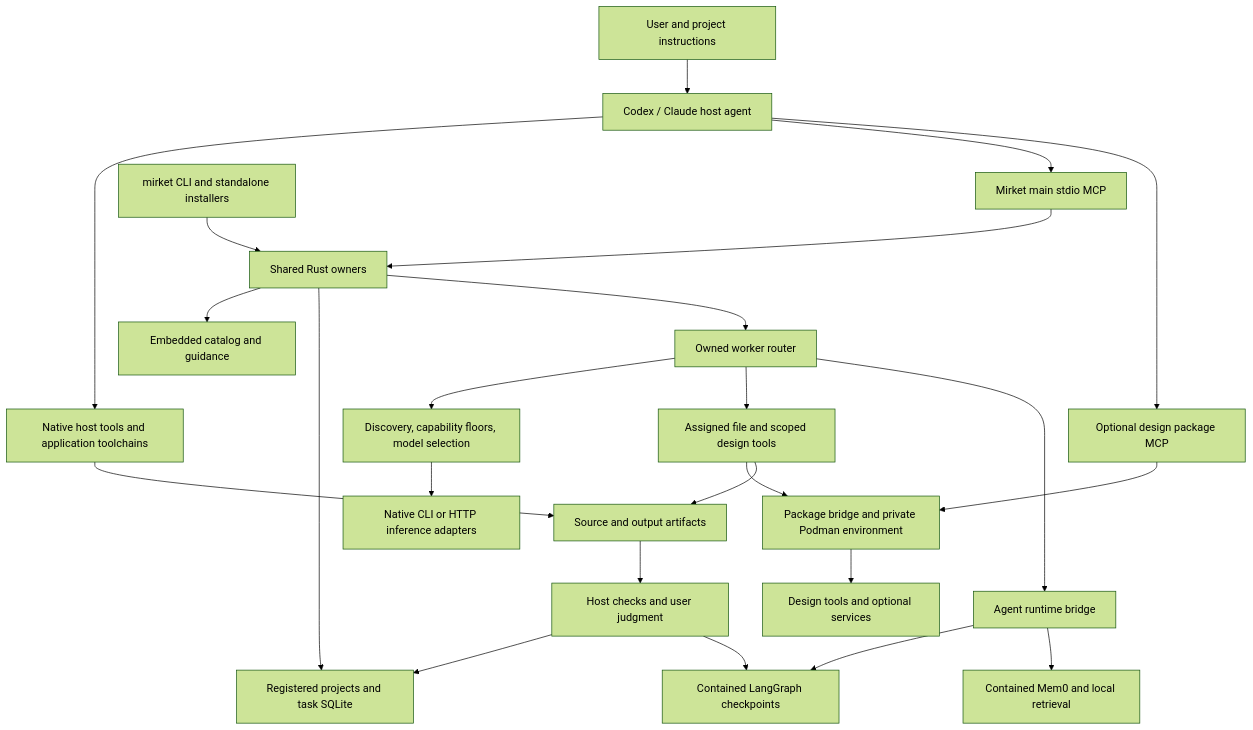
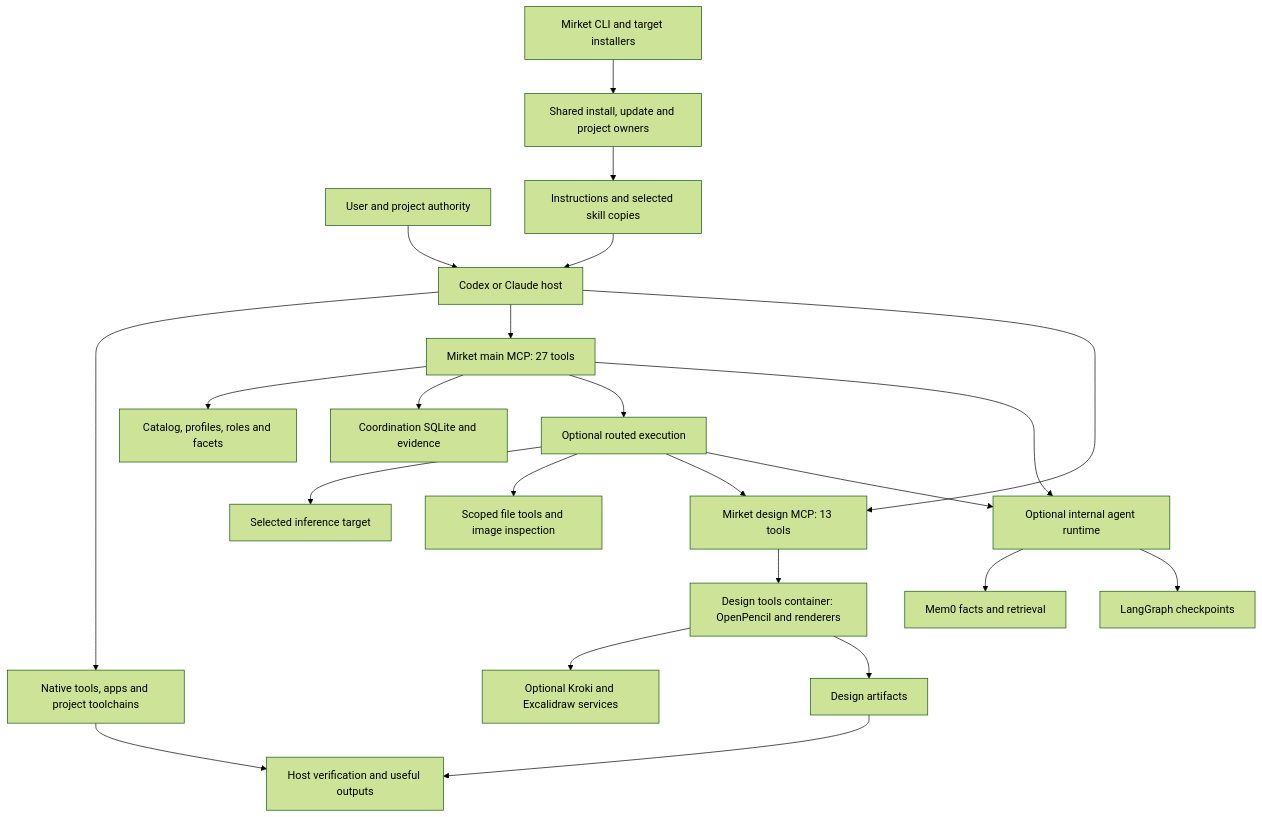
One commit to codemirket/harness changed the first of 3 diagrams in docs/harness-map.md. Above: the diagram before and after it, drawn with Mermaid (forest theme). The commit also changed other lines of this file and 57 other files, not shown here.

````diff
--- a/docs/harness-map.md
+++ b/docs/harness-map.md
@@ -25,26 +54,25 @@
 ```mermaid
 flowchart TD
-  U[User and project instructions] --> H[Codex / Claude host agent]
-  H --> N[Native host tools and application toolchains]
-  H --> M[Mirket main stdio MCP]
-  H --> P[Optional design package MCP]
-  C[mirket CLI and standalone installers] --> L[Shared Rust owners]
-  M --> L
-  L --> K[Embedded catalog and guidance]
-  L --> S[Registered projects and task SQLite]
-  L --> R[Owned worker router]
-  R --> D[Discovery, capability floors, model selection]
-  D --> I[Native CLI or HTTP inference adapters]
-  R --> T[Assigned file and scoped design tools]
-  R --> A[Agent runtime bridge]
-  A --> G[Contained LangGraph checkpoints]
-  A --> F[Contained Mem0 and local retrieval]
-  P --> B[Package bridge and private Podman environment]
-  T --> B
-  B --> V[Design tools and optional services]
-  T --> O[Source and output artifacts]
-  N --> O
-  O --> Q[Host checks and user judgment]
-  Q --> S
-  Q --> G
+    U[User and project authority] --> H[Codex or Claude host]
+    H --> N[Native tools, apps and project toolchains]
+    H --> M[Mirket main MCP: 27 tools]
+    H --> D[Mirket design MCP: 13 tools]
+    C[Mirket CLI and target installers] --> I[Shared install, update and project owners]
+    I --> G[Instructions and selected skill copies]
+    G --> H
+    M --> K[Catalog, profiles, roles and facets]
+    M --> S[Coordination SQLite and evidence]
+    M --> R[Optional routed execution]
+    R --> P[Selected inference target]
+    R --> F[Scoped file tools and image inspection]
+    R --> D
+    M --> A[Optional internal agent runtime]
+    R --> A
+    D --> T[Design tools container: OpenPencil and renderers]
+    T --> O[Optional Kroki and Excalidraw services]
+    A --> Q[Mem0 facts and retrieval]
+    A --> L[LangGraph checkpoints]
+    T --> W[Design artifacts]
+    N --> V[Host verification and useful outputs]
+    W --> V
 ```
````
